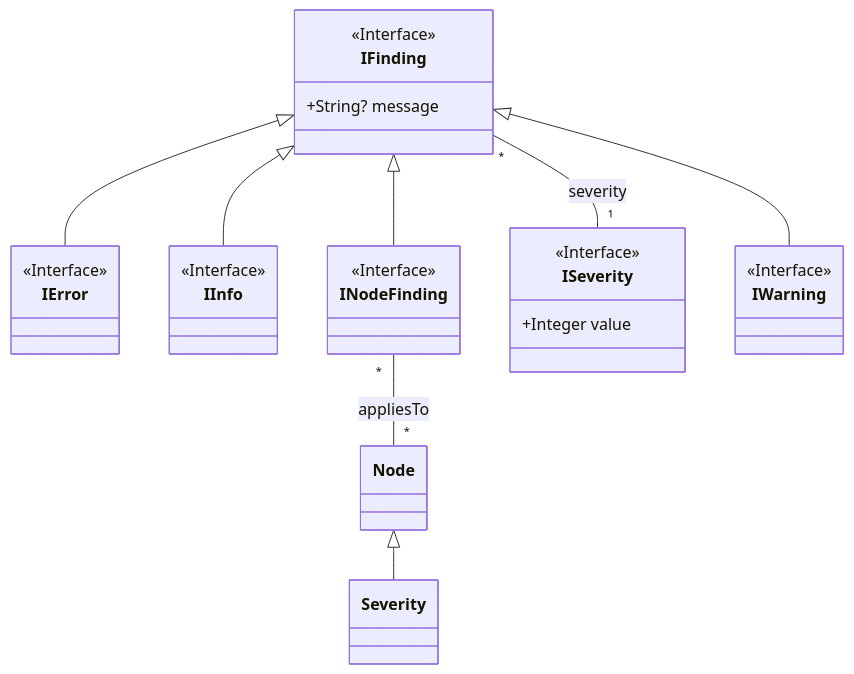
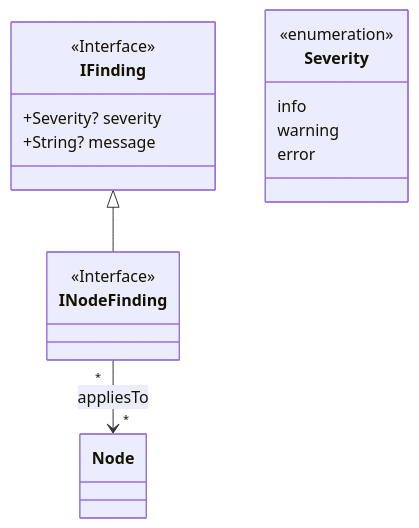
Before and after one commit to LionWeb-io/lionweb-mps: the diagram in languages/io.lionweb.derived.validation/lionweb/io.lionweb.derived.validation.md, drawn with Mermaid. The commit also changed 18 other files, not shown here.

Commit message:
updated diagrams

````diff
--- a/languages/io.lionweb.derived.validation/lionweb/io.lionweb.derived.validation.md
+++ b/languages/io.lionweb.derived.validation/lionweb/io.lionweb.derived.validation.md
@@ -1,42 +1,26 @@
 ```mermaid
 classDiagram
 
-  class IError
-  <<Interface>> IError
-  IFinding <|-- IError
-
   class IFinding {
+    +Severity? severity
     +String? message
   }
   <<Interface>> IFinding
-
-  class IInfo
-  <<Interface>> IInfo
-  IFinding <|-- IInfo
 
   class INodeFinding
   <<Interface>> INodeFinding
   IFinding <|-- INodeFinding
 
-  class ISeverity {
-    +Integer value
+  class Severity {
+    <<enumeration>>
+    info
+    warning
+    error
   }
-  <<Interface>> ISeverity
-
-  class IWarning
-  <<Interface>> IWarning
-  IFinding <|-- IWarning
-
-  class Severity
-  Node <|-- Severity
 
 
 
-  IFinding "*" -- "1" ISeverity: severity
-
-  INodeFinding "*" -- "*" Node: appliesTo
-
-
+  INodeFinding "*" --> "*" Node: appliesTo
 
 
 ```
````
